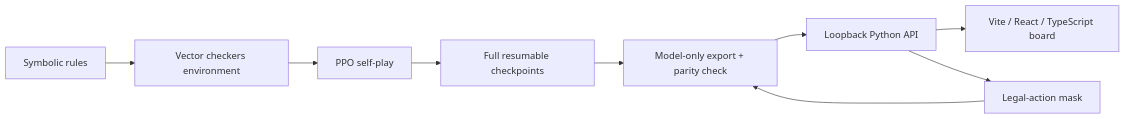
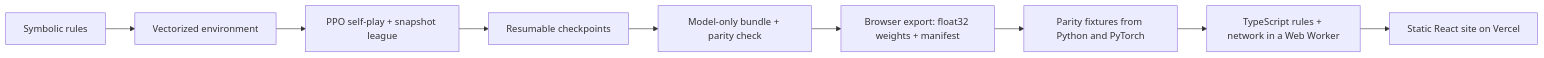
The diagram in README.md (goldbar123467/PPO-Checkers), drawn with Mermaid before and after one commit. The commit also changed other lines of this file and 97 other files, not shown here.

First line of the commit message:
Ship PPO Checkers as a static Vercel site with in-browser inference

````diff
--- a/README.md
+++ b/README.md
@@ -64,11 +52,11 @@
 ```mermaid
 flowchart LR
-    R[Symbolic rules] --> E[Vector checkers environment]
-    E --> P[PPO self-play]
-    P --> C[Full resumable checkpoints]
-    C --> X[Model-only export + parity check]
-    X --> A[Loopback Python API]
-    A --> W[Vite / React / TypeScript board]
-    A --> F[Legal-action mask]
-    F --> X
+    R[Symbolic rules] --> E[Vectorized environment]
+    E --> P[PPO self-play + snapshot league]
+    P --> C[Resumable checkpoints]
+    C --> X[Model-only bundle + parity check]
+    X --> W[Browser export: float32 weights + manifest]
+    W --> F[Parity fixtures from Python and PyTorch]
+    F --> T[TypeScript rules + network in a Web Worker]
+    T --> S[Static React site on Vercel]
 ```
````
